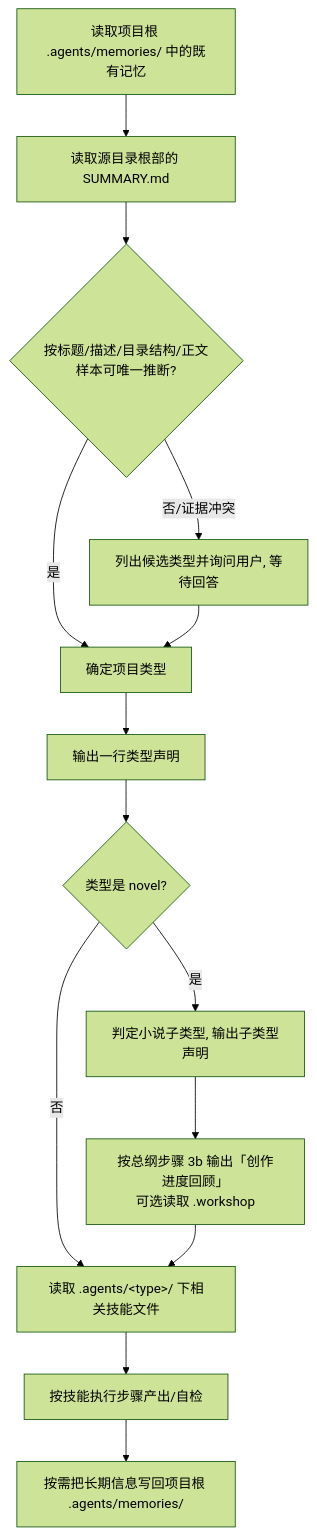
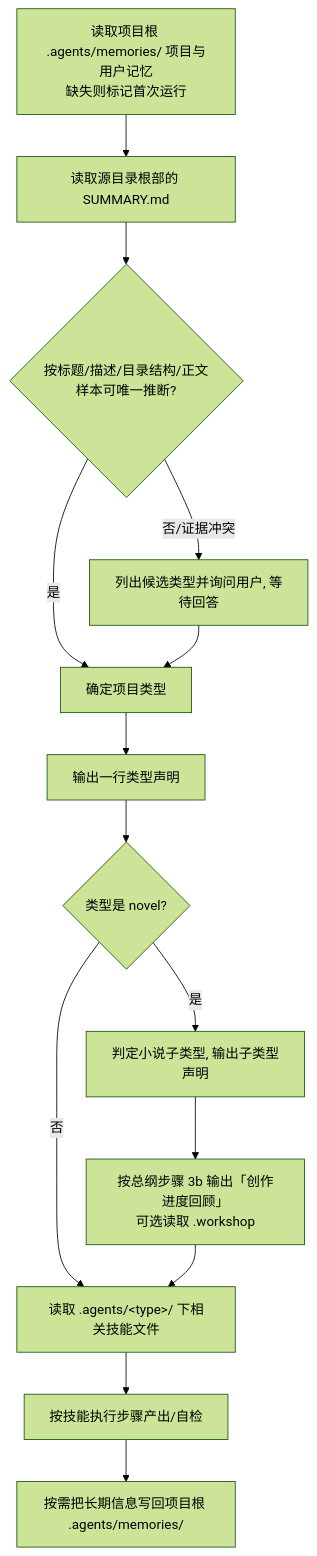
Before and after one commit to the-writer/camus: the diagram in docs/prd/11-ai-skills.md, drawn with Mermaid (forest theme). The commit also changed other lines of this file and 8 other files, not shown here.

````diff
--- a/docs/prd/11-ai-skills.md
+++ b/docs/prd/11-ai-skills.md
@@ -59,16 +59,16 @@
 ```mermaid
 flowchart TD
-    A[读取项目根 .agents/memories/ 中的既有记忆] --> B[读取源目录根部的 SUMMARY.md]
+    A[读取项目根 .agents/memories/ 项目与用户记忆<br/>缺失则标记首次运行] --> B[读取源目录根部的 SUMMARY.md]
     B --> C{按标题/描述/目录结构/正文样本可唯一推断?}
     C -->|是| D[确定项目类型]
     C -->|否/证据冲突| E[列出候选类型并询问用户, 等待回答]
     E --> D
     D --> F[输出一行类型声明]
     F --> G{类型是 novel?}
     G -->|否| I[读取 .agents/&lt;type&gt;/ 下相关技能文件]
     G -->|是| H[判定小说子类型, 输出子类型声明]
     H --> H2[按总纲步骤 3b 输出「创作进度回顾」<br/>可选读取 .workshop]
     H2 --> I
     I --> J[按技能执行步骤产出/自检]
     J --> K[按需把长期信息写回项目根 .agents/memories/]
 ```
````
